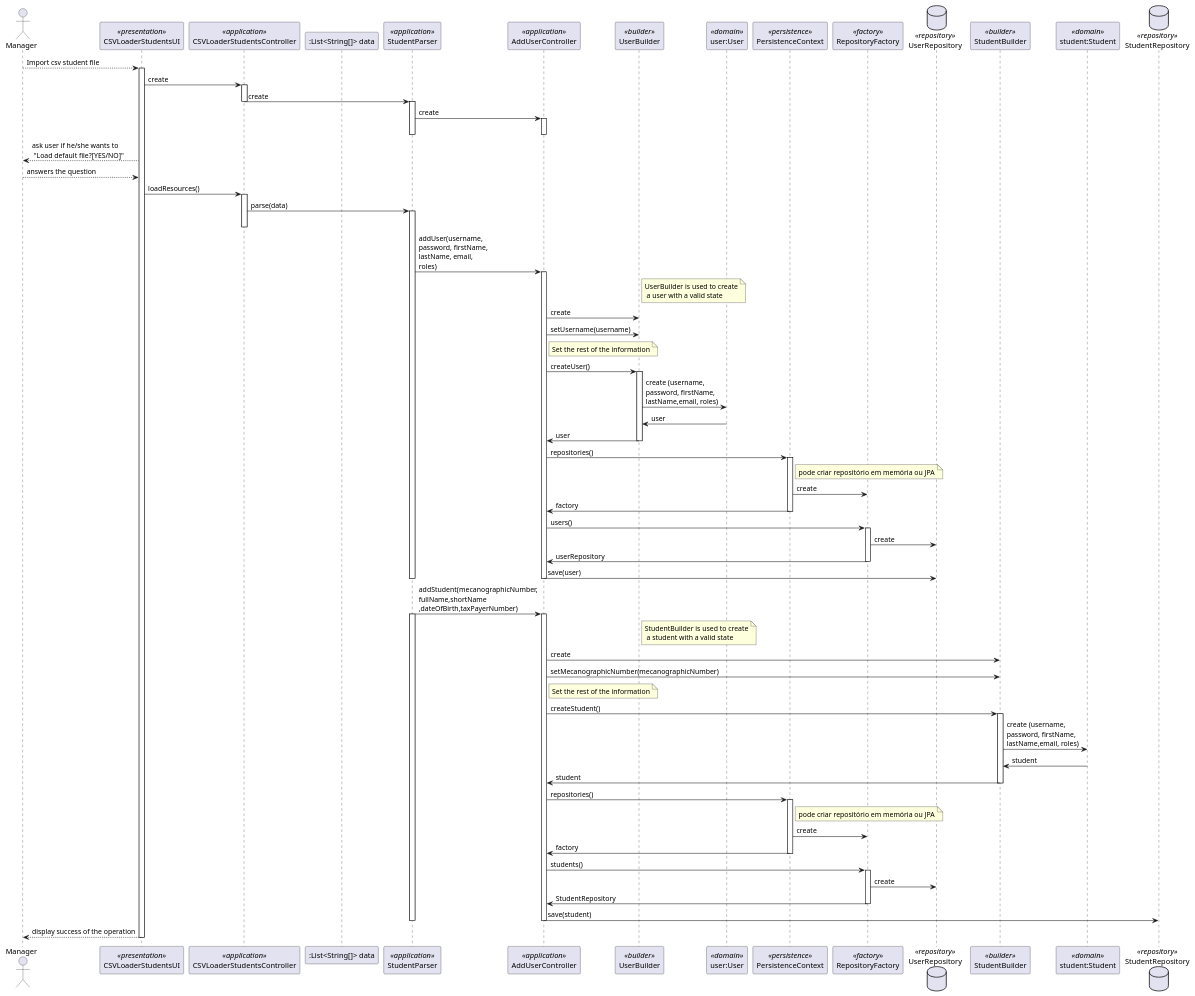
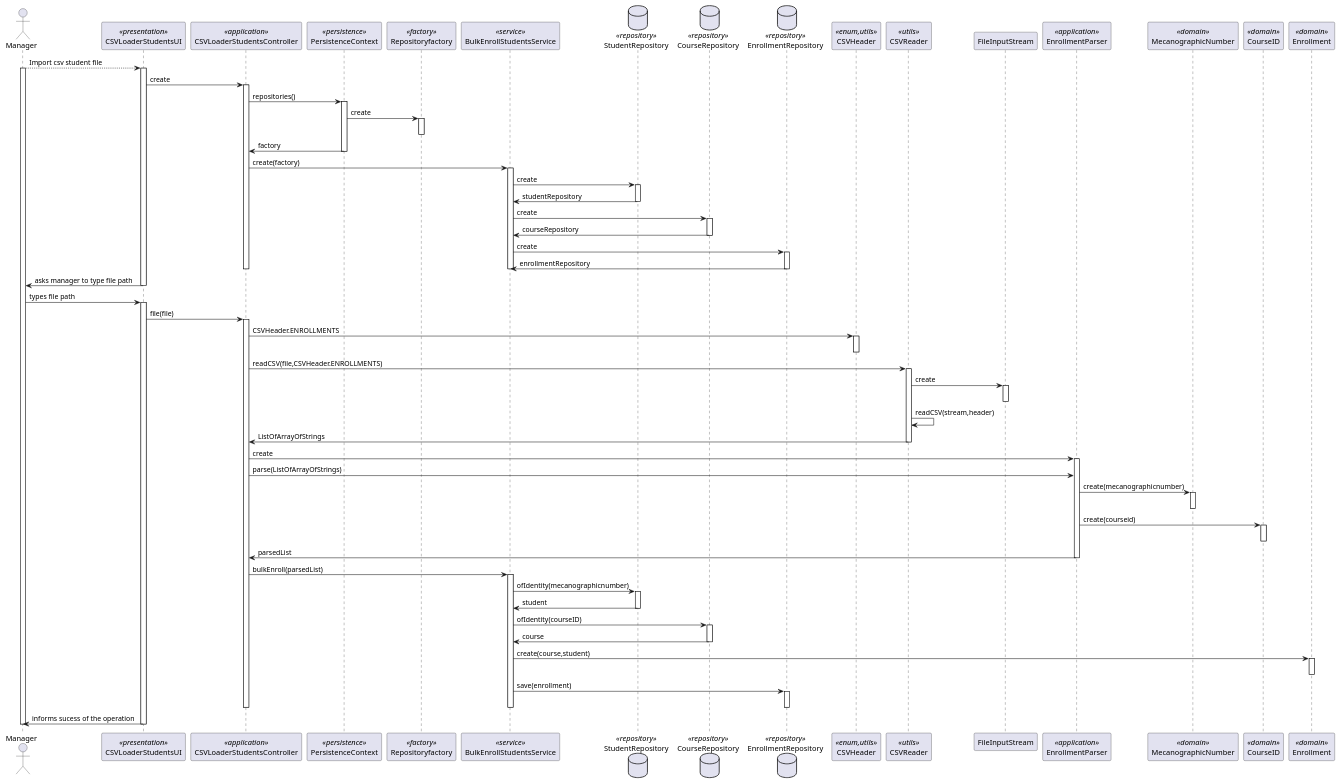
The diagram in docs/us_1007/importStudentsSD.puml (jovami/isep-lapr4), drawn with PlantUML before and after one commit. The commit also changed 4 other files, not shown here.

```diff
--- a/docs/us_1007/importStudentsSD.puml
+++ b/docs/us_1007/importStudentsSD.puml
@@ -1,130 +1,118 @@
 @startuml
 'http://plantuml.com/skinparam.html
 
 actor Manager as Actor
 participant CSVLoaderStudentsUI as UI <<presentation>>
-participant CSVLoaderStudentsController as ControllerLoader <<application>>
-participant ":List<String[]> data" as data
-participant StudentParser as parser <<application>>
-participant AddUserController as Controller <<application>>
-participant UserBuilder as Builder <<builder>>
-participant "user:User" as Domain <<domain>>
-participant PersistenceContext as Persistence <<persistence>>
-participant RepositoryFactory as Factory <<factory>>
-database UserRepository as Repository <<repository>>
+participant CSVLoaderStudentsController as controller <<application>>
+participant PersistenceContext as persistence <<persistence>>
+participant Repositoryfactory as factory <<factory>>
+participant BulkEnrollStudentsService as service <<service>>
+database StudentRepository as srepo <<repository>>
+database CourseRepository as crepo <<repository>>
+database EnrollmentRepository as erepo <<repository>>
+participant CSVHeader as csvheader <<enum,utils>>
+participant CSVReader as csvreader <<utils>>
+participant FileInputStream as fileinput
+participant EnrollmentParser as parser <<application>>
+participant MecanographicNumber as meca <<domain>>
+participant CourseID as courseid <<domain>>
+participant Enrollment as enroll <<domain>>
 
-participant StudentBuilder as StudentBuilder <<builder>>
-participant "student:Student" as DomainStudent <<domain>>
-database StudentRepository as StudentRepository <<repository>>
 
 
 Actor --> UI: Import csv student file
+activate Actor
 activate UI
-    UI -> ControllerLoader: create
-    activate ControllerLoader
-    ControllerLoader -> parser : create
-    deactivate ControllerLoader
-    activate parser
-    parser -> Controller : create
+    UI -> controller: create
+    activate controller
+        controller -> persistence : repositories()
+        activate persistence
+            persistence -> factory : create
+            activate factory
+            deactivate factory
+            persistence -> controller : factory
+        deactivate persistence
 
-    activate Controller
-    deactivate parser
-    deactivate Controller
 
-    UI --> Actor: ask user if he/she wants to\n "Load default file?[YES/NO]"
+        controller -> service : create(factory)
+        activate service
+            service -> srepo : create
+                activate srepo
+                    srepo ->service : studentRepository
+                deactivate srepo
+            service -> crepo : create
+                activate crepo
+                    crepo ->service : courseRepository
+                deactivate crepo
+            service -> erepo : create
+                activate erepo
+                    erepo ->service : enrollmentRepository
+                deactivate erepo
+        deactivate service
+    deactivate controller
+    UI -> Actor : asks manager to type file path
+deactivate UI
+    Actor -> UI : types file path
+activate UI
+    UI -> controller: file(file)
+    activate controller
+        controller -> csvheader : CSVHeader.ENROLLMENTS
+        activate csvheader
+        deactivate csvheader
+        controller -> csvreader : readCSV(file,CSVHeader.ENROLLMENTS)
+        activate csvreader
+            csvreader -> fileinput : create
+            activate fileinput
+            deactivate fileinput
 
-    Actor --> UI: answers the question
+            csvreader -> csvreader : readCSV(stream,header)
+            csvreader -> controller : ListOfArrayOfStrings
 
-    UI -> ControllerLoader : loadResources()
-    activate ControllerLoader
-    ControllerLoader -> parser : parse(data)
-    activate parser
-    deactivate ControllerLoader
+        deactivate csvreader
+
+        controller -> parser : create
+        activate parser
+
+        controller ->parser : parse(ListOfArrayOfStrings)
+
+            parser -> meca : create(mecanographicnumber)
+            activate meca
+            deactivate meca
+            parser -> courseid : create(courseid)
+
+            activate courseid
+            deactivate courseid
+            parser -> controller : parsedList
+
+        deactivate parser
+
+        controller -> service : bulkEnroll(parsedList)
+        activate service
+
+            service -> srepo : ofIdentity(mecanographicnumber)
+            activate srepo
+                srepo -> service : student
+            deactivate srepo
+
+            service -> crepo : ofIdentity(courseID)
+            activate crepo
+                 crepo -> service : course
+            deactivate crepo
+
+            service -> enroll : create(course,student)
+            activate enroll
+            deactivate enroll
+
+            service -> erepo : save(enrollment)
+            activate erepo
+            deactivate erepo
+        deactivate service
 
 
 
+    deactivate controller
 
-
-
-
-    parser -> Controller: addUser(username, \npassword, firstName,\nlastName, email, \nroles)
-
-    activate Controller
-        note right of Builder: UserBuilder is used to create\n a user with a valid state
-        Controller -> Builder: create
-        Controller -> Builder:setUsername(username)
-
-        note right of Controller: Set the rest of the information
-
-        'Controller -> Builder:setPassword(password)
-        'Controller -> Builder:setFirstName(firstName)
-        'Controller -> Builder:setLastName(lastName)
-        'Controller -> Builder:setEmail(email)
-        'Controller -> Builder:setRoles(roles)
-
-        Controller -> Builder:createUser()
-        activate Builder
-            Builder -> Domain: create (username,\npassword, firstName,\nlastName,email, roles)
-            Domain->Builder: user
-            Builder -> Controller:user
-        deactivate Builder
-
-        Controller -> Persistence: repositories()
-        activate Persistence
-            note right of Persistence: pode criar repositório em memória ou JPA
-            Persistence -> Factory: create
-            Persistence -> Controller: factory
-        deactivate Persistence
-
-        Controller -> Factory: users()
-        activate Factory
-            Factory -> Repository: create
-            Factory -> Controller: userRepository
-        deactivate Factory
-
-        Controller->Repository:save(user)
-
-    deactivate Controller
-
-    deactivate parser
-
-
-    parser -> Controller : addStudent(mecanographicNumber,\nfullName,shortName\n,dateOfBirth,taxPayerNumber)
-    activate parser
-    activate Controller
-
-     note right of Builder: StudentBuilder is used to create\n a student with a valid state
-
-     Controller -> StudentBuilder: create
-     Controller -> StudentBuilder: setMecanographicNumber(mecanographicNumber)
-
-     note right of Controller: Set the rest of the information
-
-     Controller -> StudentBuilder:createStudent()
-             activate StudentBuilder
-                 StudentBuilder -> DomainStudent: create (username,\npassword, firstName,\nlastName,email, roles)
-                 DomainStudent->StudentBuilder: student
-                 StudentBuilder -> Controller:student
-             deactivate StudentBuilder
-
-     Controller -> Persistence: repositories()
-             activate Persistence
-                 note right of Persistence: pode criar repositório em memória ou JPA
-                 Persistence -> Factory: create
-                 Persistence -> Controller: factory
-             deactivate Persistence
-
-     Controller -> Factory: students()
-             activate Factory
-                 Factory -> Repository: create
-                 Factory -> Controller: StudentRepository
-             deactivate Factory
-
-     Controller->StudentRepository:save(student)
-
-
-    deactivate Controller
-    deactivate parser
-        UI-->Actor: display success of the operation
+    UI -> Actor : informs sucess of the operation
 deactivate UI
+deactivate Actor
 @enduml
```
